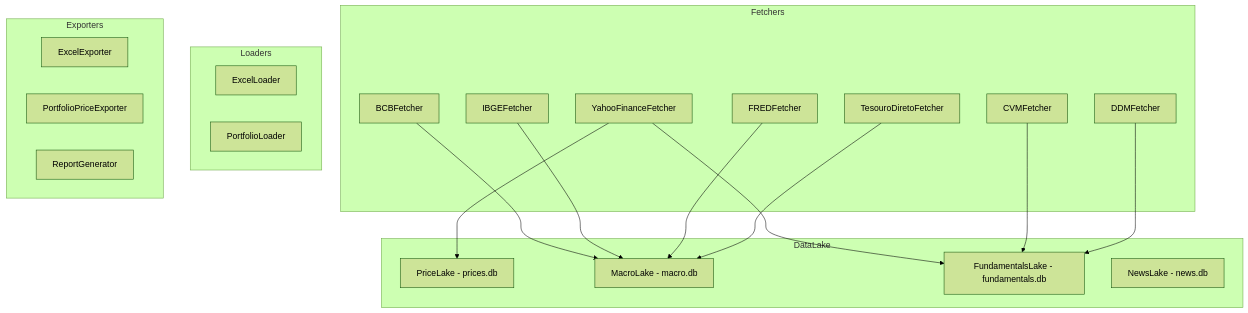
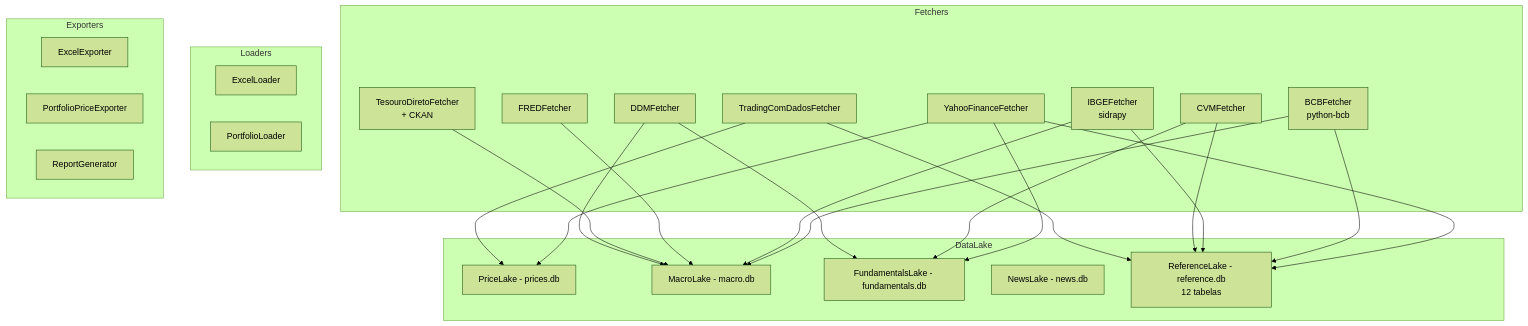
One commit to begalv/carteira_auto changed the third of 4 diagrams in docs/system/architecture.md. Above: the diagram before and after it, drawn with Mermaid (forest theme). The commit also changed other lines of this file and 13 other files, not shown here.

````diff
--- a/docs/system/architecture.md
+++ b/docs/system/architecture.md
@@ -134,39 +138,48 @@
 ```mermaid
 graph TB
     subgraph Fetchers
         YFF[YahooFinanceFetcher]
-        BCBF[BCBFetcher]
-        IBGEF[IBGEFetcher]
+        BCBF[BCBFetcher<br/>python-bcb]
+        IBGEF[IBGEFetcher<br/>sidrapy]
         FREDF[FREDFetcher]
         CVMF[CVMFetcher]
-        TDF[TesouroDiretoFetcher]
+        TDF[TesouroDiretoFetcher<br/>+ CKAN]
         DDMF[DDMFetcher]
+        TCF[TradingComDadosFetcher]
     end
 
     subgraph DataLake
         PL[PriceLake - prices.db]
         ML[MacroLake - macro.db]
         FL[FundamentalsLake - fundamentals.db]
         NL[NewsLake - news.db]
+        RL[ReferenceLake - reference.db<br/>12 tabelas]
     end
 
     subgraph Loaders
         EL[ExcelLoader]
         PLL[PortfolioLoader]
     end
 
     subgraph Exporters
         EE[ExcelExporter]
         PPE[PortfolioPriceExporter]
         RG[ReportGenerator]
     end
 
     YFF --> PL
     YFF --> FL
+    YFF --> RL
     BCBF --> ML
+    BCBF --> RL
     IBGEF --> ML
+    IBGEF --> RL
     FREDF --> ML
     CVMF --> FL
+    CVMF --> RL
     TDF --> ML
     DDMF --> FL
+    DDMF --> ML
+    TCF --> PL
+    TCF --> RL
 ```
````
